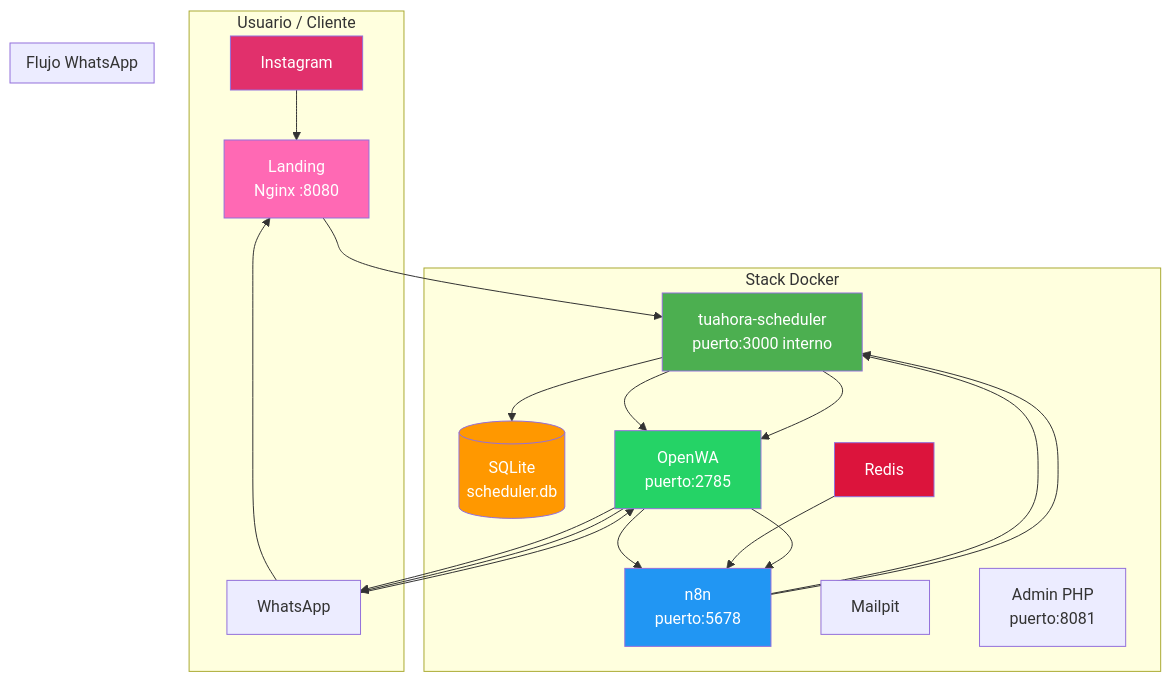
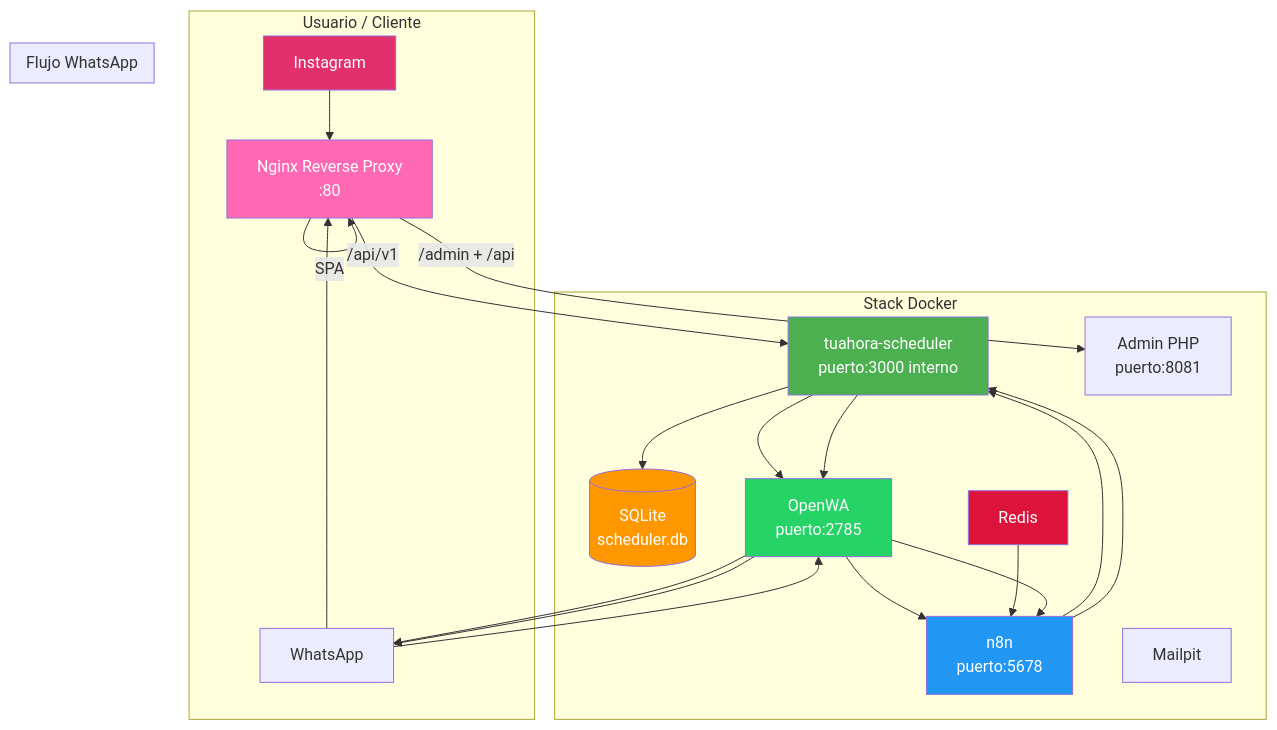
The diagram in docs/Arquitectura.md (kamiikasee05/TeToca), drawn with Mermaid before and after one commit. The commit also changed other lines of this file and 16 other files, not shown here.

````diff
--- a/docs/Arquitectura.md
+++ b/docs/Arquitectura.md
@@ -5,35 +6,36 @@
 ```mermaid
 graph TB
     subgraph "Usuario / Cliente"
-        A[Instagram] --> B[Landing<br/>Nginx :8080]
+        A[Instagram] --> B[Nginx Reverse Proxy<br/>:80]
         C[WhatsApp] --> B
     end
 
     subgraph "Stack Docker"
-        B --> D[tuahora-scheduler<br/>puerto:3000 interno]
+        B -- "/api/v1" --> D[tuahora-scheduler<br/>puerto:3000 interno]
+        B -- "/admin + /api" --> J[Admin PHP<br/>puerto:8081]
+        B -- "SPA" --> B
         D --> E[(SQLite<br/>scheduler.db)]
         D --> G[OpenWA<br/>puerto:2785]
         F[n8n<br/>puerto:5678] --> D
         G --> F
         G --> C
         H[Redis] --> F
         I[Mailpit]
-        J[Admin PHP<br/>puerto:8081]
     end
 
     subgraph "Flujo WhatsApp"
         F --> D
         D --> G
         G --> C
         C --> G
         G --> F
     end
 
     style A fill:#E1306C,color:#fff
     style B fill:#FF69B4,color:#fff
     style D fill:#4CAF50,color:#fff
     style E fill:#FF9800,color:#fff
     style F fill:#2196F3,color:#fff
     style G fill:#25D366,color:#fff
     style H fill:#DC143C,color:#fff
 ```
````
